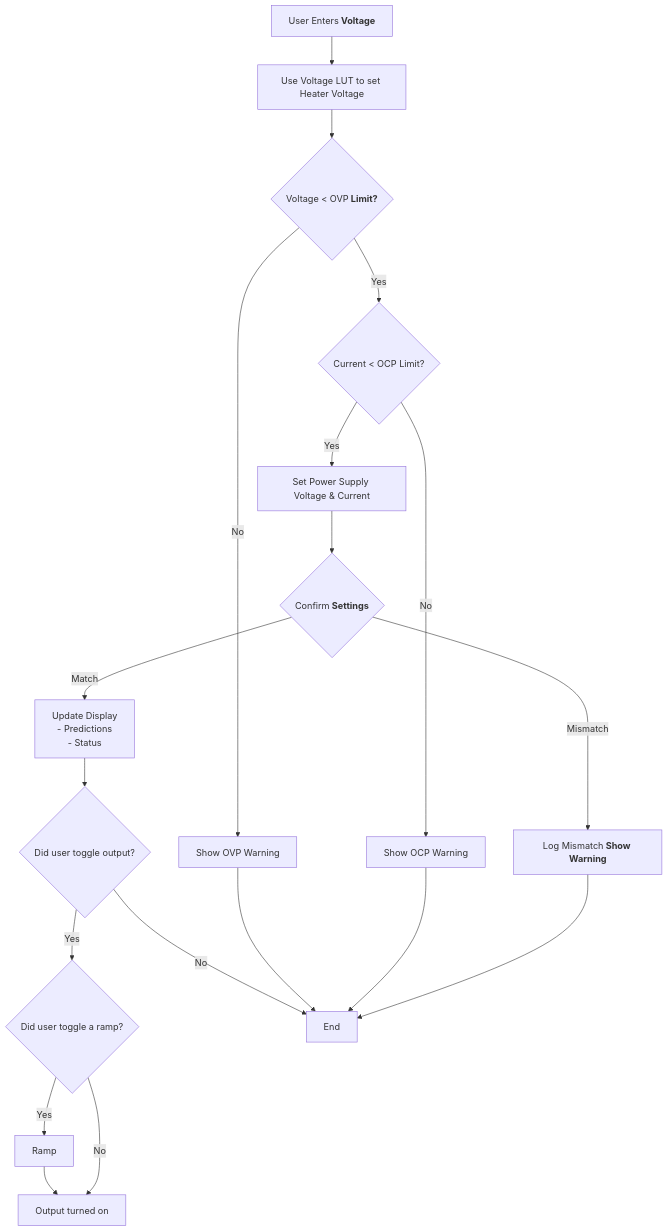
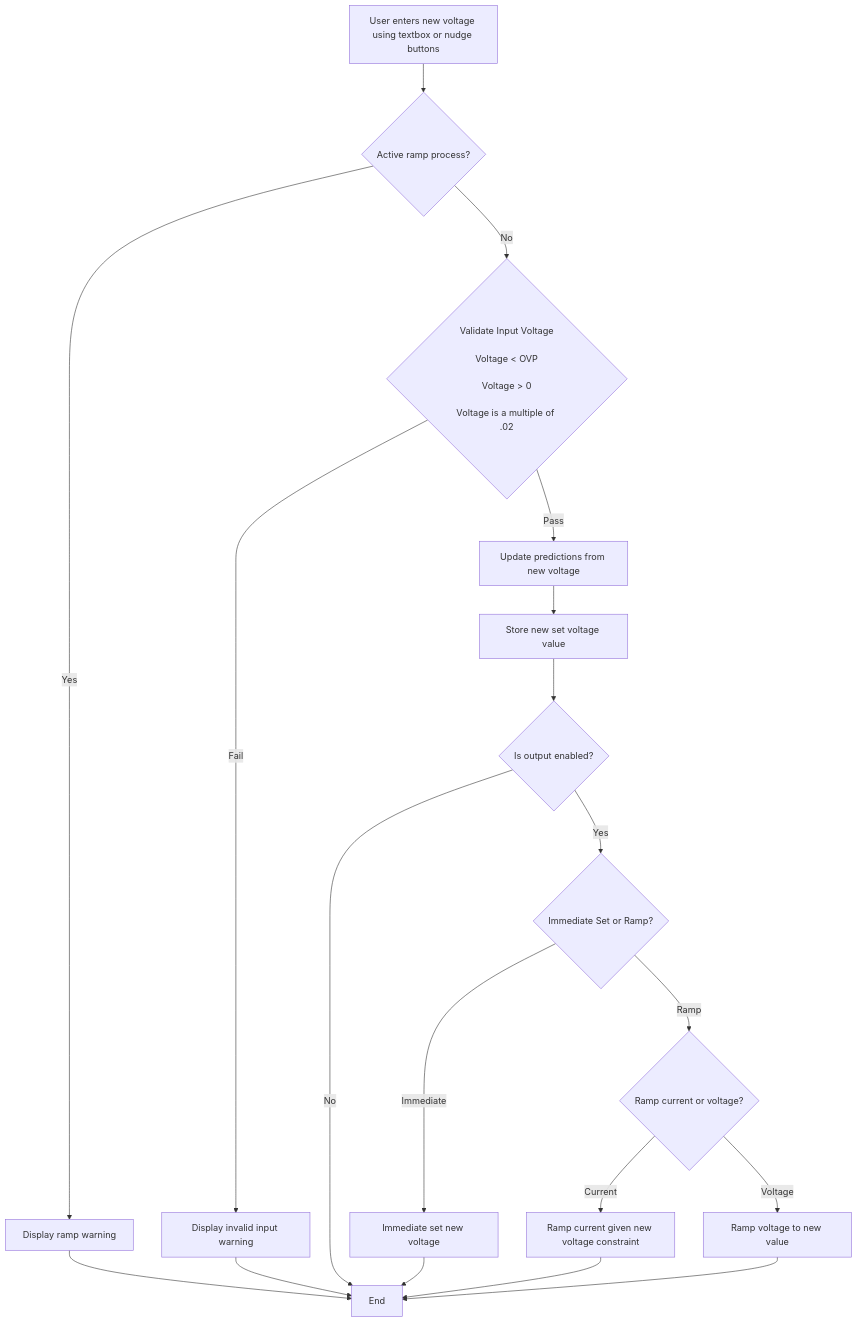
One commit to uw-loci/EBEAM_dashboard changed the fourth of 4 diagrams in subsystem/cathode_heating/README.md. Above: the diagram before and after it, drawn with Mermaid. The commit also changed other lines of this file, not shown here.

````diff
--- a/subsystem/cathode_heating/README.md
+++ b/subsystem/cathode_heating/README.md
@@ -191,32 +190,35 @@
 ```mermaid
 flowchart TB
-    Input["User Enters<b> Voltage"] --> LUT["Use Voltage LUT to set Heater Voltage"]
-    
+    Input["User enters new voltage using textbox or nudge buttons"] --> ActiveRamp{"Active ramp process?"}
 
-    LUT --> CheckOVP{"Voltage < OVP<b> Limit?"}
-    
-    CheckOVP -->|No| OVPWarn["Show OVP Warning"]
-    CheckOVP -->|Yes| CheckOCP{"Current < OCP Limit?"}
+    ActiveRamp -->|No| ValidateVoltage{"Validate Input Voltage
+                                        Voltage < OVP
+                                        Voltage > 0
+                                        Voltage is a multiple of .02"}
+    ActiveRamp -->|Yes| RampWarn["Display ramp warning"]
 
-    CheckOCP -->|No| OCPWarn["Show OCP Warning"]
-    CheckOCP -->|Yes| SetPS["Set Power Supply Voltage & Current"]
-    
-    SetPS --> Confirm{"Confirm<b> Settings"}
-    
-    Confirm -->|Match| UpdateDisplay["Update Display 
-                                     - Predictions 
-                                     - Status"]
-    Confirm -->|Mismatch| LogError["Log Mismatch<b> Show Warning"]
+    RampWarn --> End
 
-    UpdateDisplay --> OutputToggle{"Did user toggle output?"}
+    ValidateVoltage -->|Fail| DispWarn["Display invalid input warning"]
+    ValidateVoltage -->|Pass| UpdatePredictions["Update predictions from new voltage"]
 
-    OutputToggle --> |Yes| RampToggle{"Did user toggle a ramp?"}
+    DispWarn --> End
 
-    RampToggle --> |Yes| Ramp --> OutputOn["Output turned on"]
-    RampToggle --> |No| OutputOn
-    OutputToggle --> |No| End
+    UpdatePredictions --> StoreVoltage["Store new set voltage value"]
 
-    OVPWarn --> End
-    OCPWarn --> End
-    LogError --> End
+    StoreVoltage --> UpdateOutput{"Is output enabled?"}
+
+    UpdateOutput -->|No| End
+    UpdateOutput -->|Yes| OutputMode{"Immediate Set or Ramp?"}
+
+    OutputMode -->|Immediate| SetOutput["Immediate set new voltage"]
+    OutputMode -->|Ramp| RampMode{"Ramp current or voltage?"}
+
+    SetOutput --> End
+
+    RampMode -->|Current| RampCurrent["Ramp current given new voltage constraint"]
+    RampMode -->|Voltage| RampVoltage["Ramp voltage to new value"]
+
+    RampCurrent --> End
+    RampVoltage --> End
 ```
````
